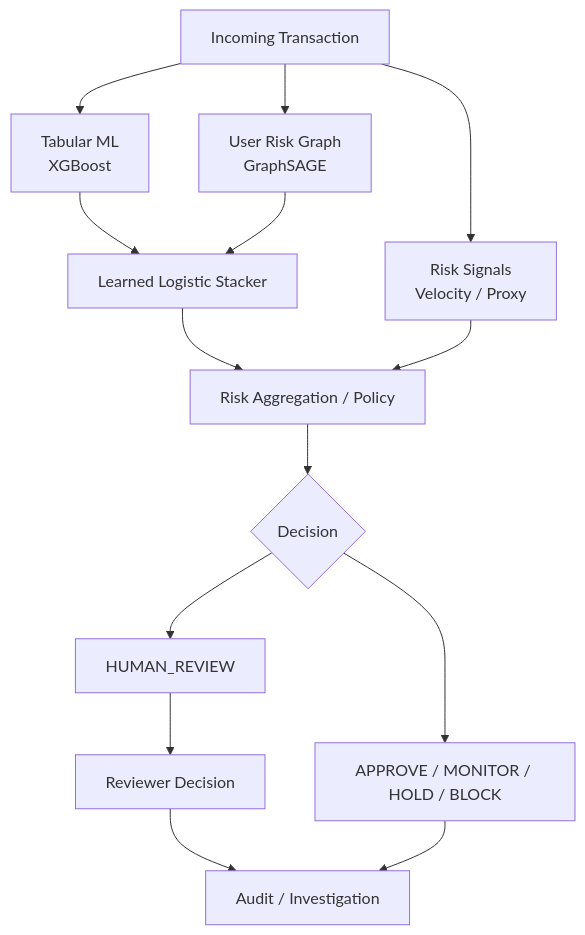
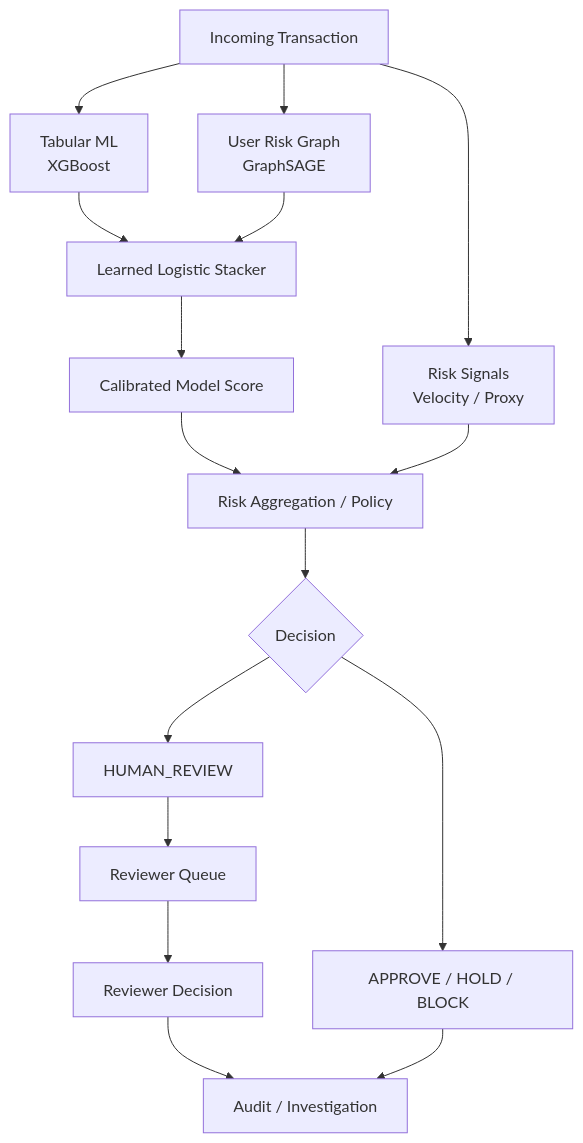
Before and after one commit to mudasir-007/RazorRisk-Agentic-AI-Payment-Fraud-Risk-Investigation-Platform-: the third of 14 diagrams in README.md, drawn with Mermaid. The commit also changed other lines of this file and 2 other files, not shown here.

````diff
--- a/README.md
+++ b/README.md
@@ -37,17 +113,19 @@
 ```mermaid
 flowchart TD
     T[Incoming Transaction]
     T --> TM[Tabular ML<br/>XGBoost]
     T --> G[User Risk Graph<br/>GraphSAGE]
     T --> S[Risk Signals<br/>Velocity / Proxy]
     TM --> ST[Learned Logistic Stacker]
     G --> ST
-    ST --> RP[Risk Aggregation / Policy]
+    ST --> CS[Calibrated Model Score]
+    CS --> RP[Risk Aggregation / Policy]
     S --> RP
     RP --> D{Decision}
-    D --> A[APPROVE / MONITOR / HOLD / BLOCK]
+    D --> A[APPROVE / HOLD / BLOCK]
     D --> H[HUMAN_REVIEW]
-    H --> R[Reviewer Decision]
+    H --> Q[Reviewer Queue]
+    Q --> R[Reviewer Decision]
     R --> AU[Audit / Investigation]
     A --> AU
 ```
````
